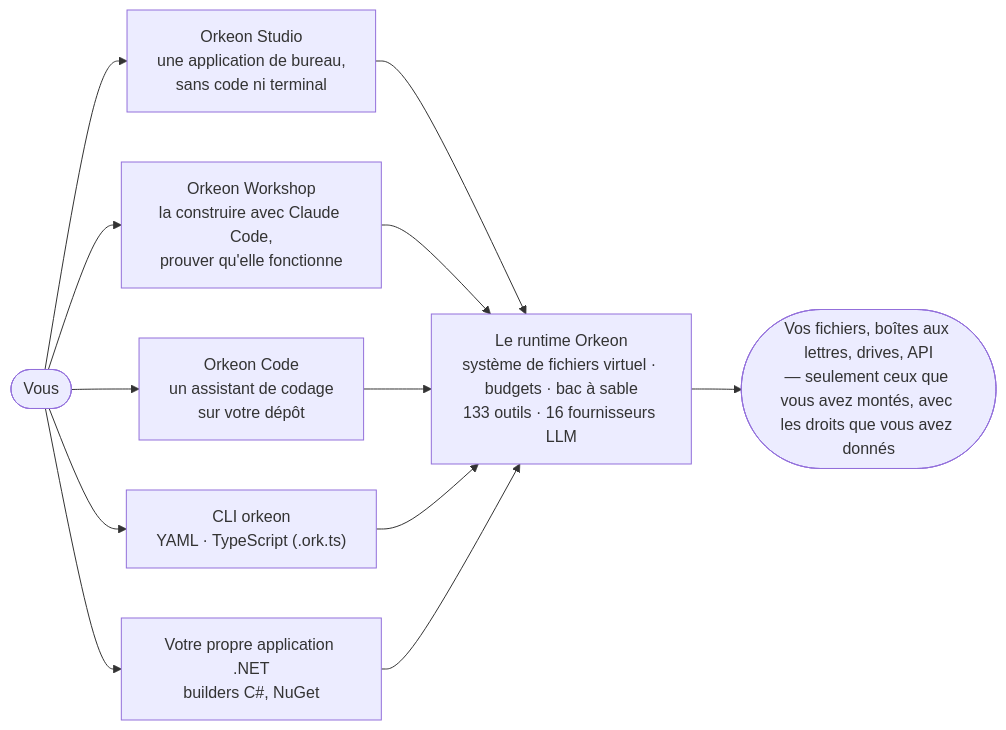
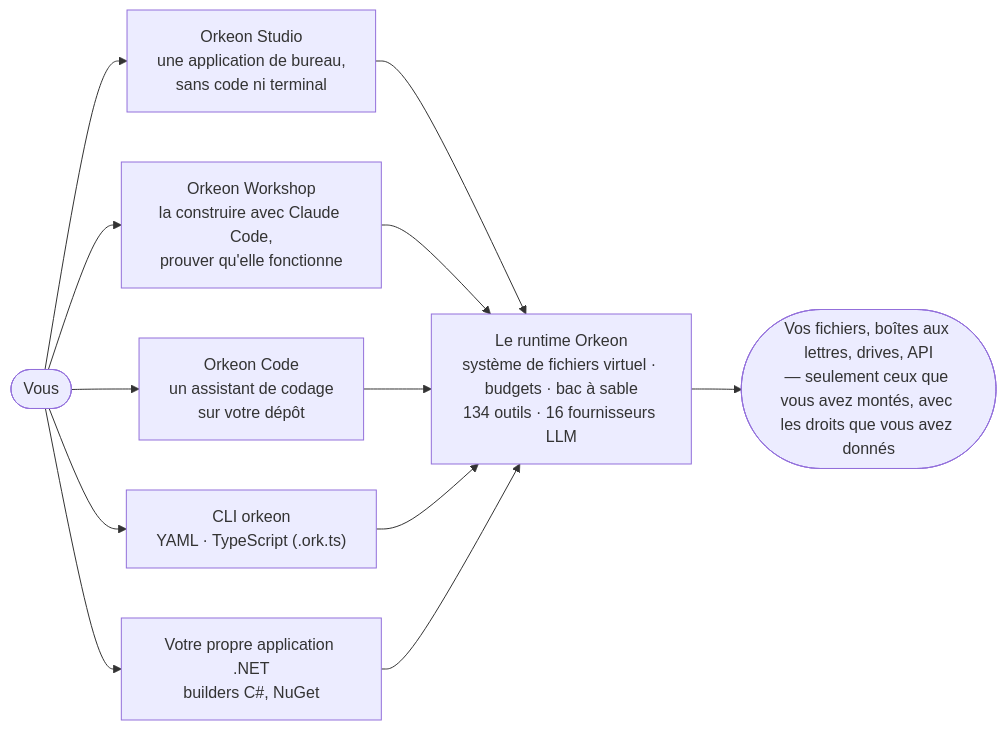
The diagram in README.fr.md (Orkeon/orkeon), drawn with Mermaid before and after one commit. The commit also changed other lines of this file and 57 other files, not shown here.

````diff
--- a/README.fr.md
+++ b/README.fr.md
@@ -43,10 +43,10 @@
 ```mermaid
 flowchart LR
     you(["Vous"]) --> workshop["Orkeon Workshop<br/>la construire avec Claude Code,<br/>prouver qu'elle fonctionne"]
     you --> studio["Orkeon Studio<br/>une application de bureau,<br/>sans code ni terminal"]
     you --> code["Orkeon Code<br/>un assistant de codage<br/>sur votre dépôt"]
     you --> cli["CLI orkeon<br/>YAML · TypeScript (.ork.ts)"]
     you --> app["Votre propre application .NET<br/>builders C#, NuGet"]
-    studio & workshop & code & cli & app --> runtime["Le runtime Orkeon<br/>système de fichiers virtuel · budgets · bac à sable<br/>133 outils · 16 fournisseurs LLM"]
+    studio & workshop & code & cli & app --> runtime["Le runtime Orkeon<br/>système de fichiers virtuel · budgets · bac à sable<br/>134 outils · 16 fournisseurs LLM"]
     runtime --> world(["Vos fichiers, boîtes aux lettres, drives, API<br/>— seulement ceux que vous avez montés, avec les droits que vous avez donnés"])
 ```
````
